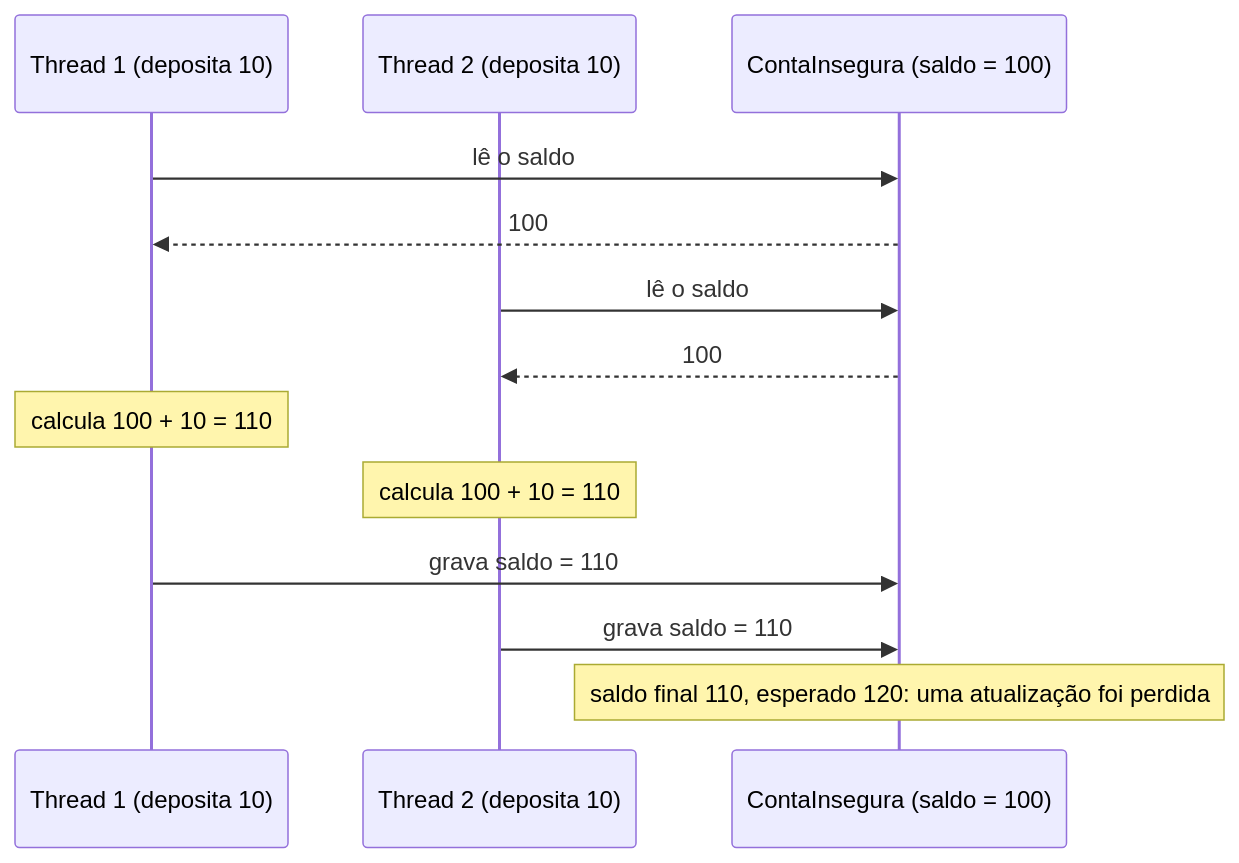
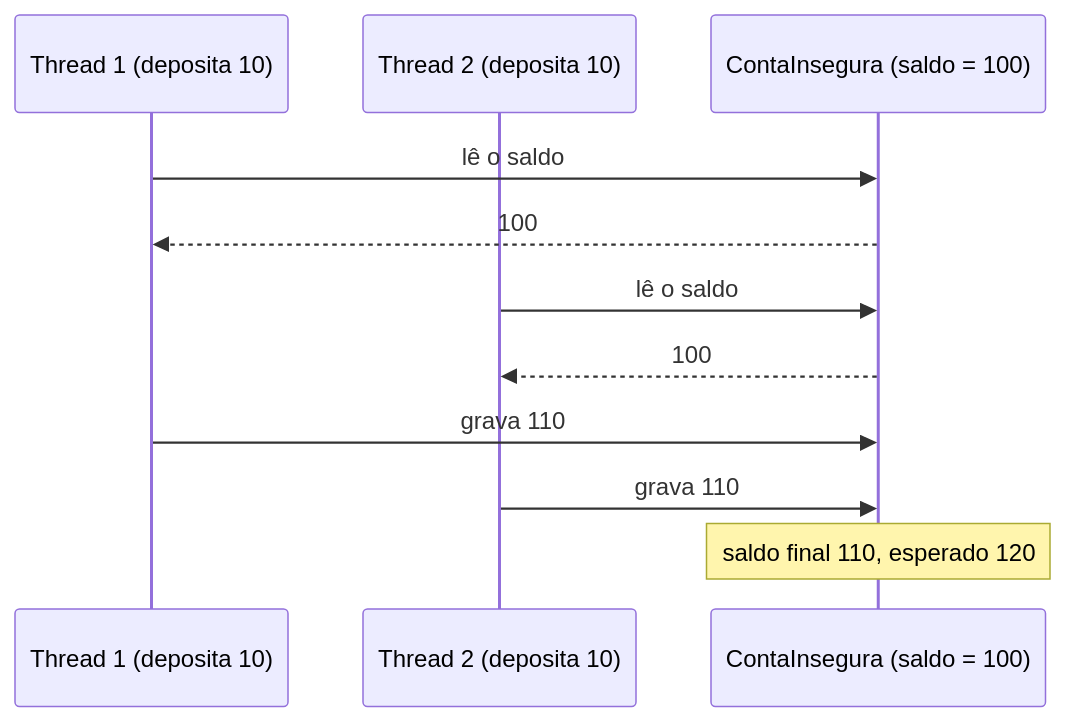
The third of 6 diagrams in README.md (leonardoschimock/sistema-bancario), drawn with Mermaid before and after one commit. The commit also changed other lines of this file and 18 other files, not shown here.

````diff
--- a/README.md
+++ b/README.md
@@ -372,16 +303,14 @@
 ```mermaid
 sequenceDiagram
     participant T1 as Thread 1 (deposita 10)
     participant T2 as Thread 2 (deposita 10)
     participant C as ContaInsegura (saldo = 100)
 
     T1->>C: lê o saldo
     C-->>T1: 100
     T2->>C: lê o saldo
     C-->>T2: 100
-    Note over T1: calcula 100 + 10 = 110
-    Note over T2: calcula 100 + 10 = 110
-    T1->>C: grava saldo = 110
-    T2->>C: grava saldo = 110
-    Note over C: saldo final 110, esperado 120: uma atualização foi perdida
+    T1->>C: grava 110
+    T2->>C: grava 110
+    Note over C: saldo final 110, esperado 120
 ```
````
